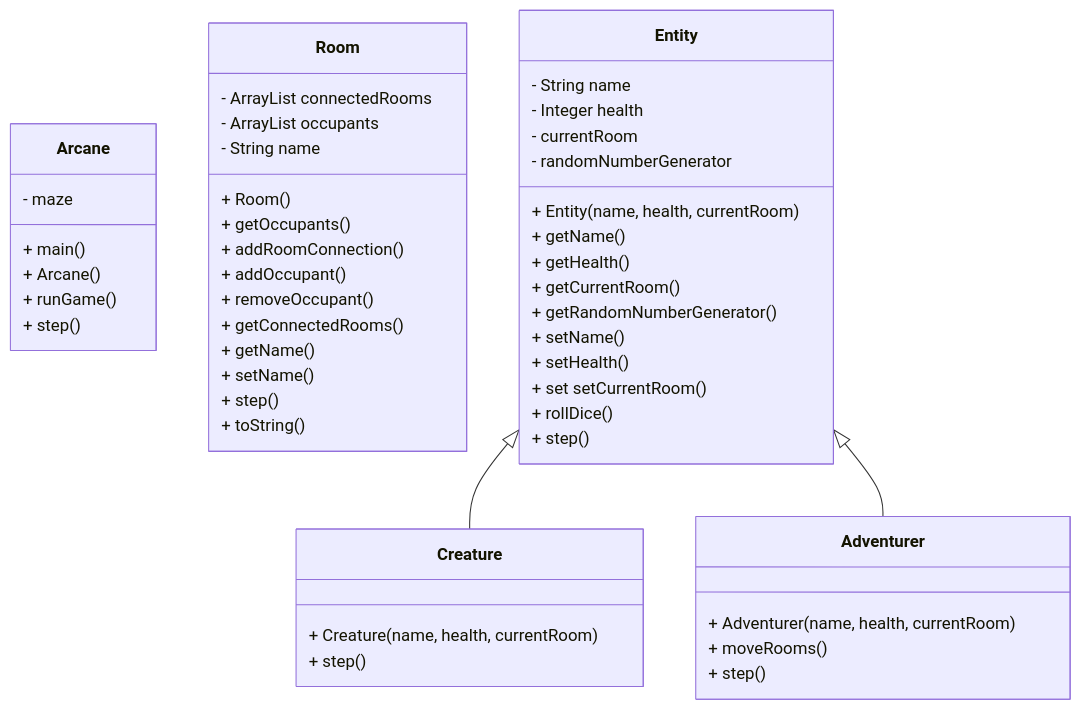
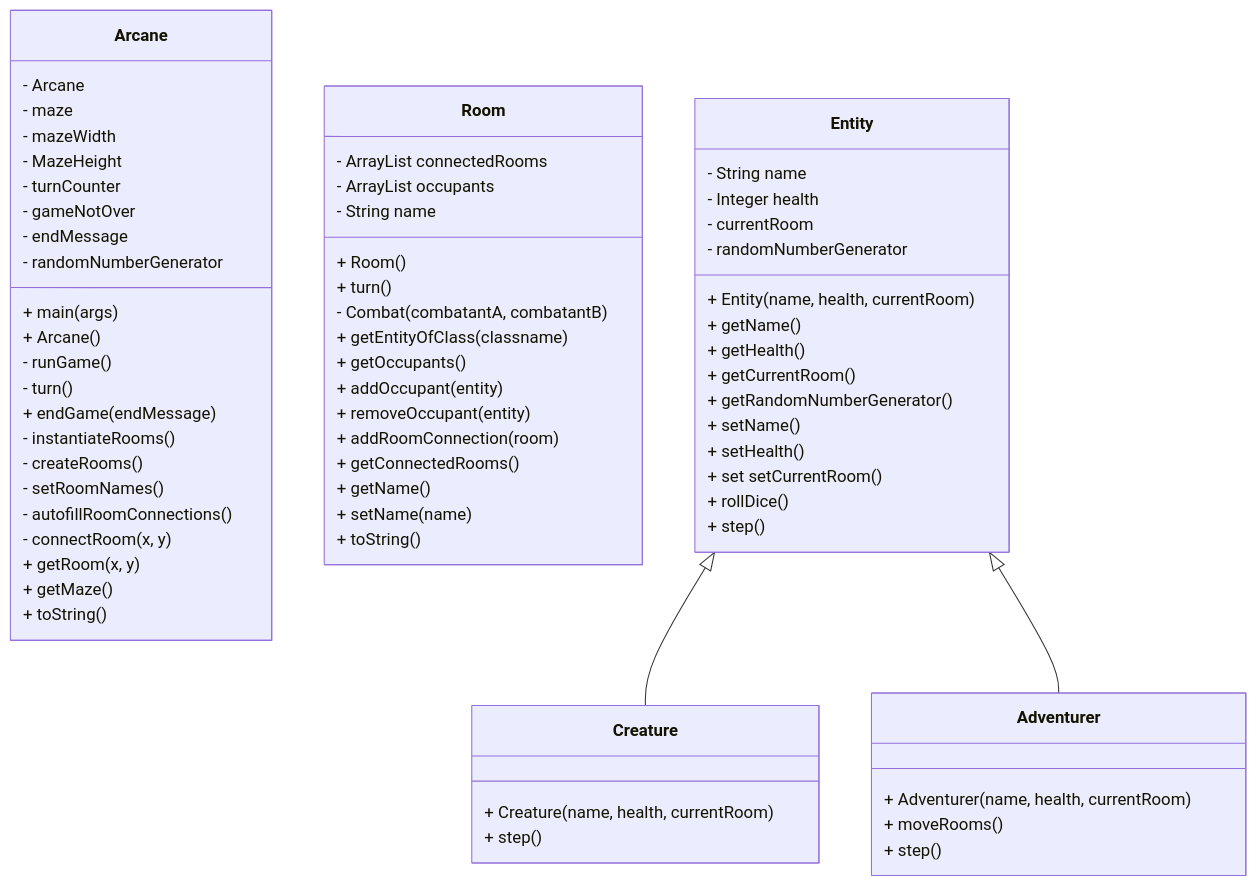
One commit to jonathancsci/csci4448-arcane-game changed the diagram in README.md. Above: the diagram before and after it, drawn with Mermaid.

````diff
--- a/README.md
+++ b/README.md
@@ -11,52 +11,70 @@
 ```mermaid
 classDiagram
     class Arcane {
+        - Arcane
         - maze
-        + main()
+        - mazeWidth
+        - MazeHeight
+        - turnCounter
+        - gameNotOver
+        - endMessage
+        - randomNumberGenerator
+        + main(args)
         + Arcane()
-        + runGame()
-        + step()
+        - runGame()
+        - turn()
+        + endGame(endMessage)
+        - instantiateRooms()
+        - createRooms()
+        - setRoomNames()
+        - autofillRoomConnections()
+        - connectRoom(x, y)
+        + getRoom(x, y)
+        + getMaze()
+        + toString()
     }
     class Room {
         - ArrayList<Room> connectedRooms
         - ArrayList<Entity> occupants
         - String name
         + Room()
+        + turn()
+        - Combat(combatantA, combatantB)
+        + getEntityOfClass(classname)
         + getOccupants()
-        + addRoomConnection()
-        + addOccupant()
-        + removeOccupant()
+        + addOccupant(entity)
+        + removeOccupant(entity)
+        + addRoomConnection(room)
         + getConnectedRooms()
         + getName()
-        + setName()
-        + step()
+        + setName(name)
         + toString()
     }
     class Entity {
         - String name
         - Integer health
         - currentRoom
         - randomNumberGenerator
         + Entity(name, health, currentRoom)
         + getName()
         + getHealth()
         + getCurrentRoom()
         + getRandomNumberGenerator()
         + setName()
         + setHealth()
         + set setCurrentRoom()
         + rollDice()
         + step()
     }
     class Adventurer {
         + Adventurer(name, health, currentRoom)
         + moveRooms()
         + step()
     }
     class Creature {
         + Creature(name, health, currentRoom)
         + step()
     }
     Entity <|-- Creature
     Entity <|-- Adventurer
 ```
````
